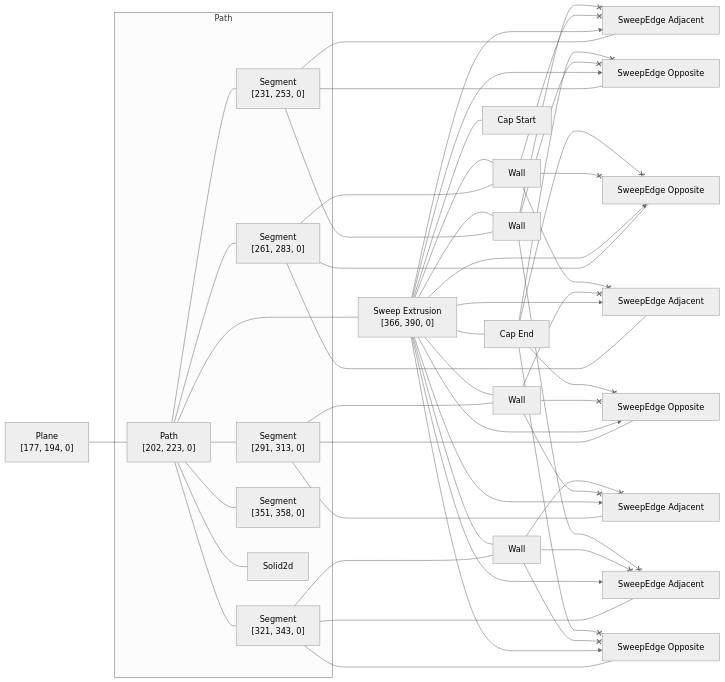
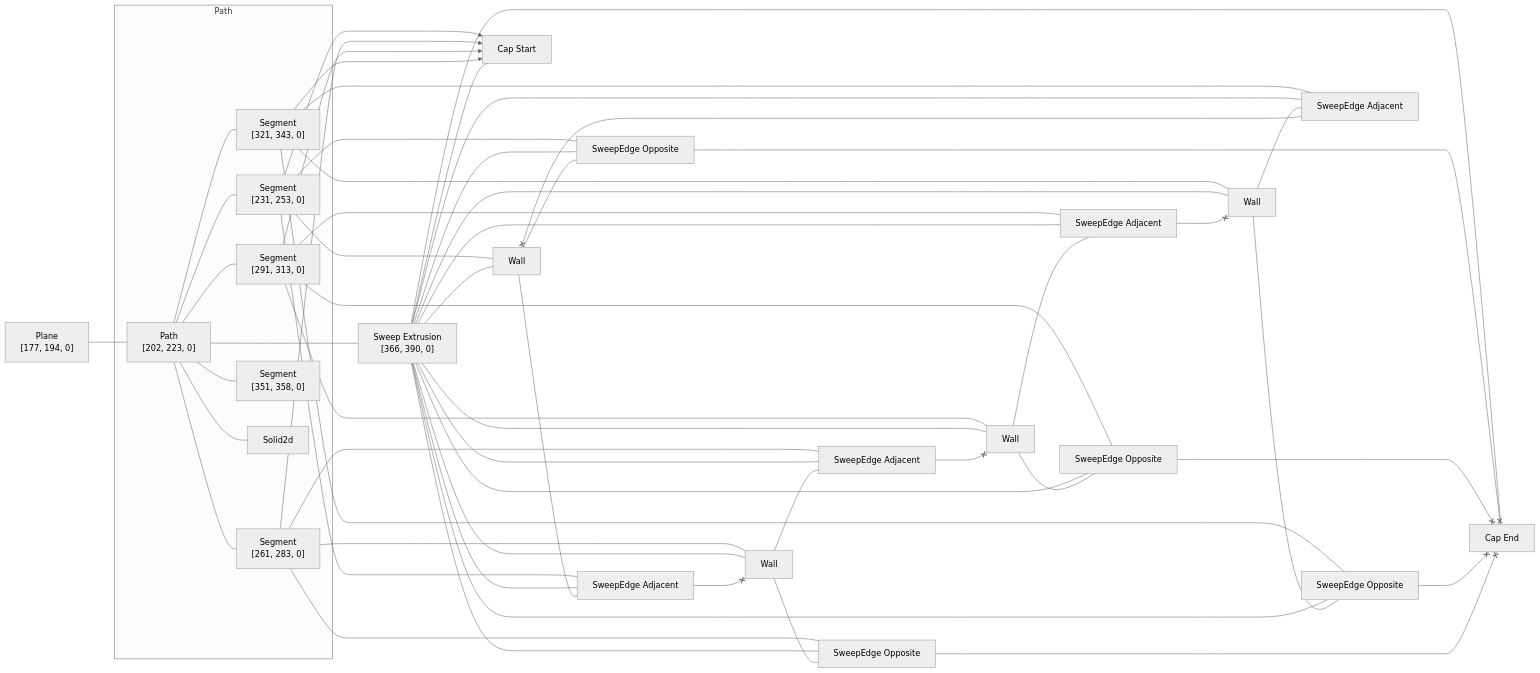
One commit to rajgandhi1/modeling-app changed the diagram in rust/kcl-lib/tests/cube_with_error/artifact_graph_flowchart.snap.md. Above: the diagram before and after it, drawn with Mermaid (neutral theme). The commit also changed 233 other files, not shown here.

````diff
--- a/rust/kcl-lib/tests/cube_with_error/artifact_graph_flowchart.snap.md
+++ b/rust/kcl-lib/tests/cube_with_error/artifact_graph_flowchart.snap.md
@@ -1,78 +1,82 @@
 ```mermaid
 flowchart LR
   subgraph path2 [Path]
     2["Path<br>[202, 223, 0]"]
     3["Segment<br>[231, 253, 0]"]
     4["Segment<br>[261, 283, 0]"]
     5["Segment<br>[291, 313, 0]"]
     6["Segment<br>[321, 343, 0]"]
     7["Segment<br>[351, 358, 0]"]
     8[Solid2d]
   end
   1["Plane<br>[177, 194, 0]"]
   9["Sweep Extrusion<br>[366, 390, 0]"]
   10[Wall]
   11[Wall]
   12[Wall]
   13[Wall]
   14["Cap Start"]
   15["Cap End"]
   16["SweepEdge Opposite"]
   17["SweepEdge Opposite"]
   18["SweepEdge Opposite"]
   19["SweepEdge Opposite"]
   20["SweepEdge Adjacent"]
   21["SweepEdge Adjacent"]
   22["SweepEdge Adjacent"]
   23["SweepEdge Adjacent"]
   1 --- 2
   2 --- 3
   2 --- 4
   2 --- 5
   2 --- 6
   2 --- 7
   2 --- 8
   2 ---- 9
   3 --- 13
-  3 --- 18
-  3 --- 20
+  3 x--> 14
+  3 --- 16
+  3 --- 23
   4 --- 11
-  4 --- 17
-  4 --- 22
+  4 x--> 14
+  4 --- 19
+  4 --- 20
   5 --- 10
-  5 --- 16
+  5 x--> 14
+  5 --- 17
   5 --- 21
   6 --- 12
-  6 --- 19
-  6 --- 23
+  6 x--> 14
+  6 --- 18
+  6 --- 22
   9 --- 10
   9 --- 11
   9 --- 12
   9 --- 13
   9 --- 14
   9 --- 15
-  9 x--> 16
-  9 x--> 17
-  9 x--> 18
-  9 x--> 19
-  9 x--> 20
-  9 x--> 21
-  9 x--> 22
-  9 x--> 23
-  10 <--x 16
-  10 <--x 21
-  10 <--x 22
-  11 <--x 17
-  11 <--x 20
-  11 <--x 22
-  12 <--x 19
-  12 <--x 21
-  12 <--x 23
-  13 <--x 18
-  13 <--x 20
-  13 <--x 23
-  15 <--x 16
-  15 <--x 17
-  15 <--x 18
-  15 <--x 19
+  9 --- 16
+  9 --- 17
+  9 --- 18
+  9 --- 19
+  9 --- 20
+  9 --- 21
+  9 --- 22
+  9 --- 23
+  10 --- 17
+  20 <--x 10
+  10 --- 21
+  11 --- 19
+  11 --- 20
+  23 <--x 11
+  12 --- 18
+  21 <--x 12
+  12 --- 22
+  13 --- 16
+  22 <--x 13
+  13 --- 23
+  16 <--x 15
+  17 <--x 15
+  18 <--x 15
+  19 <--x 15
 ```
````
